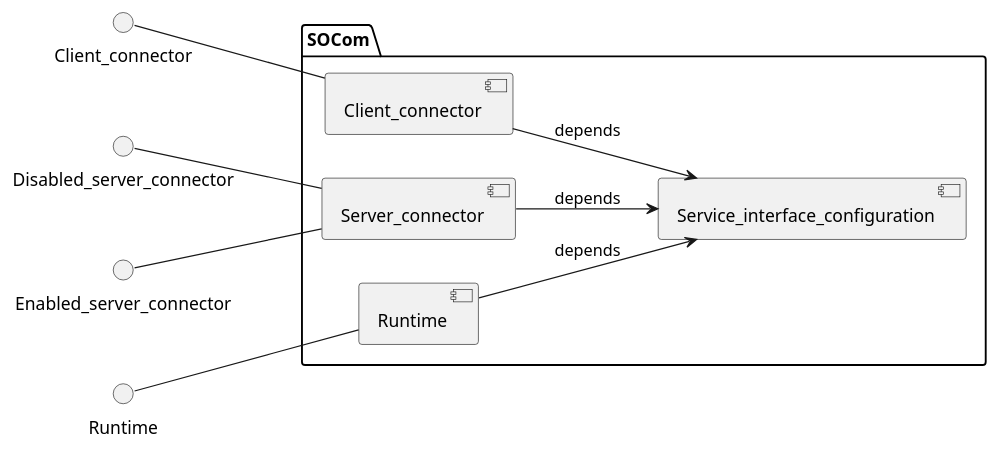
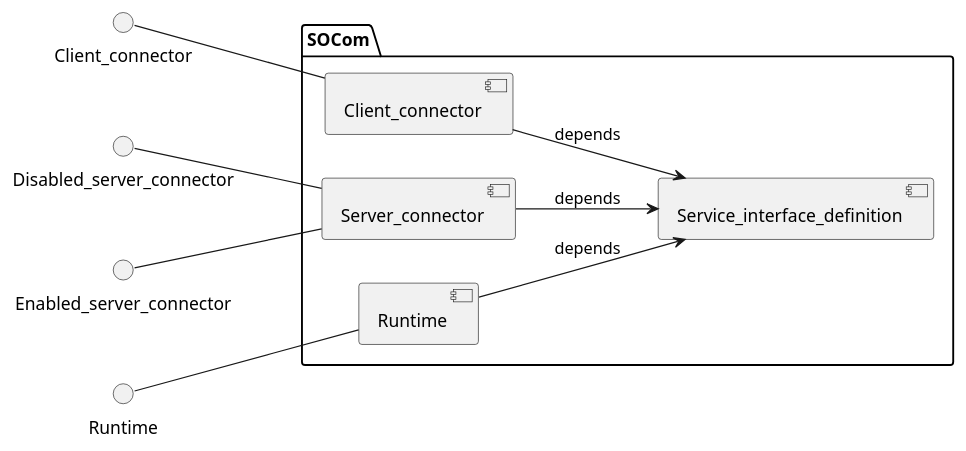
One commit to eclipse-score/inc_someip_gateway changed the diagram in src/socom/doc/design/models/component_diagram_socom.puml. Above: the diagram before and after it, drawn with PlantUML. The commit also changed 43 other files, not shown here.

```diff
--- a/src/socom/doc/design/models/component_diagram_socom.puml
+++ b/src/socom/doc/design/models/component_diagram_socom.puml
@@ -14,23 +14,23 @@
 @startuml
 left to right direction
 package SOCom {
     Component Client_connector
     Component Server_connector
     Component Runtime
-    Component Service_interface_configuration
+    Component Service_interface_definition
 }
 
 () "Client_connector" as Client_connector_if
 () "Disabled_server_connector" as Disabled_server_connector_if
 () "Enabled_server_connector" as Enabled_server_connector_if
 () "Runtime" as Runtime_if
 
 Client_connector_if -- Client_connector
 Disabled_server_connector_if -- Server_connector
 Enabled_server_connector_if -- Server_connector
 Runtime_if -- Runtime
 
-Client_connector --> Service_interface_configuration : depends
-Server_connector --> Service_interface_configuration : depends
-Runtime --> Service_interface_configuration : depends
+Client_connector --> Service_interface_definition : depends
+Server_connector --> Service_interface_definition : depends
+Runtime --> Service_interface_definition : depends
 @enduml
```
